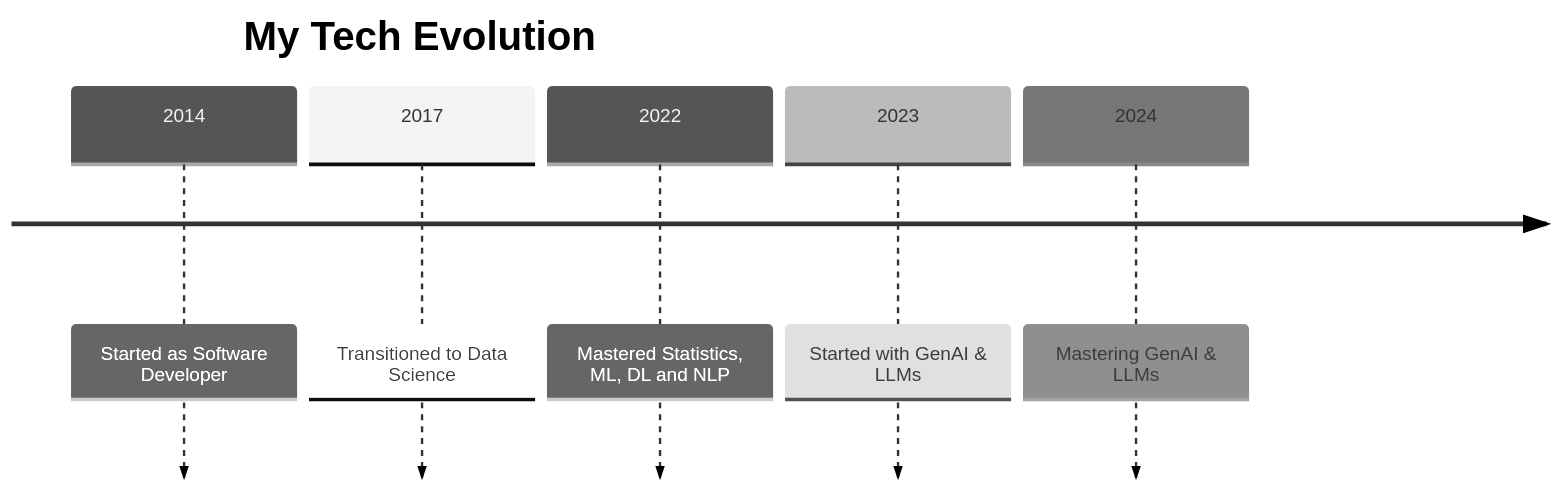
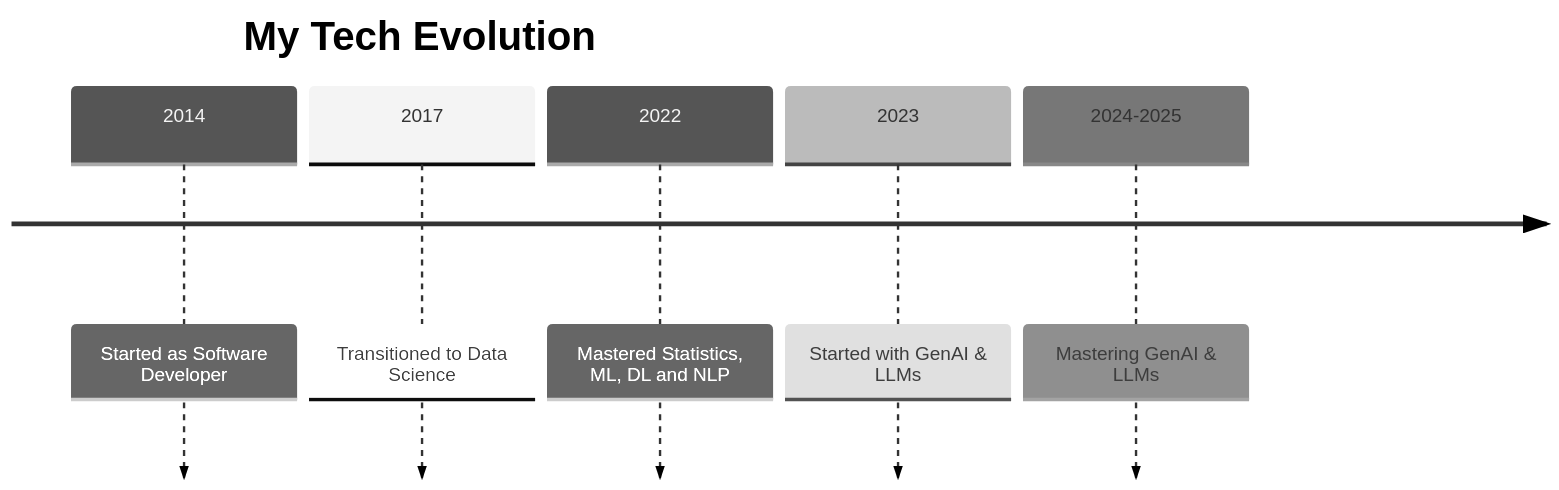
The first of 2 diagrams in README.md (nikhilniksss/nikhilniksss), drawn with Mermaid (neutral theme) before and after one commit.

````diff
--- a/README.md
+++ b/README.md
@@ -8,9 +8,9 @@
 ```mermaid
 timeline
     title My Tech Evolution
     2014 : Started as Software Developer
     2017 : Transitioned to Data Science
     2022 : Mastered Statistics, ML, DL and NLP
     2023 : Started with GenAI & LLMs
-    2024 : Mastering GenAI & LLMs
+    2024-2025 : Mastering GenAI & LLMs
 ```
````
